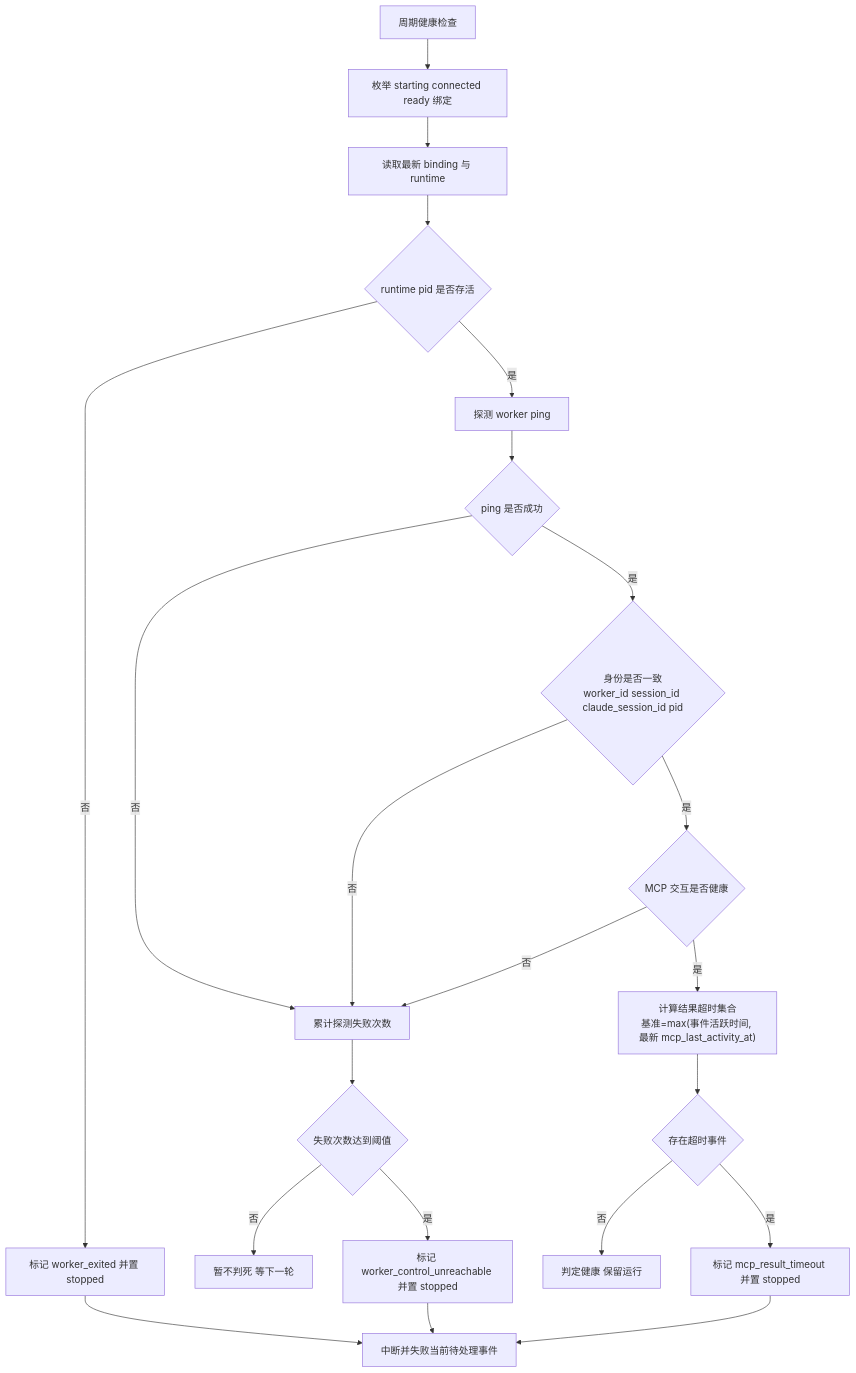
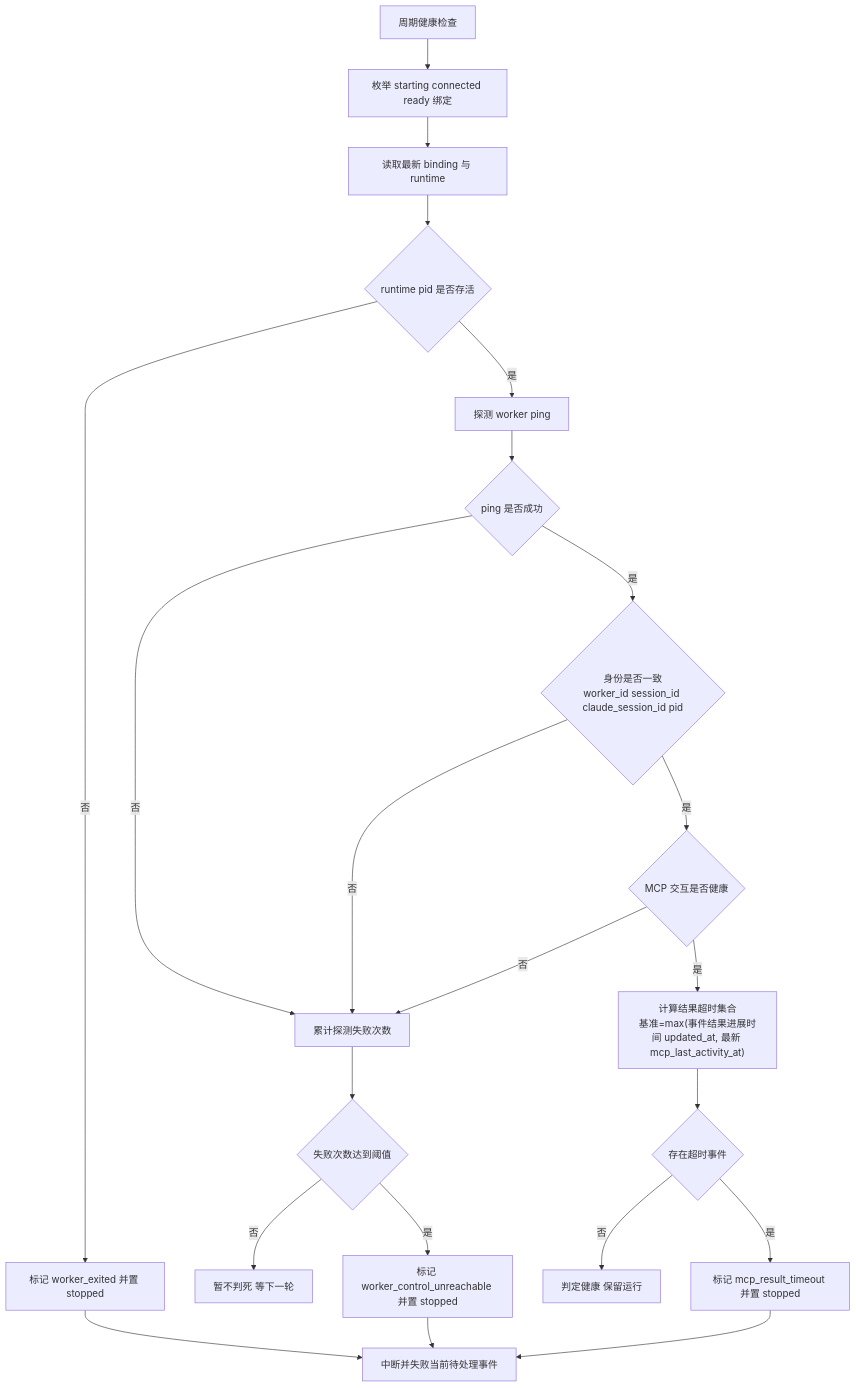
Before and after one commit to askie/clawpool-claude: the third of 4 diagrams in ARCHITECTURE.md, drawn with Mermaid. The commit also changed other lines of this file and 6 other files, not shown here.

````diff
--- a/ARCHITECTURE.md
+++ b/ARCHITECTURE.md
@@ -85,30 +85,30 @@
 ```mermaid
 flowchart TD
   A["周期健康检查"] --> B["枚举 starting connected ready 绑定"]
   B --> C["读取最新 binding 与 runtime"]
   C --> D{"runtime pid 是否存活"}
 
   D -- "否" --> E["标记 worker_exited 并置 stopped"]
   D -- "是" --> F["探测 worker ping"]
 
   F --> G{"ping 是否成功"}
   G -- "否" --> H["累计探测失败次数"]
   G -- "是" --> L{"身份是否一致<br/>worker_id session_id claude_session_id pid"}
 
   L -- "否" --> H
   L -- "是" --> M{"MCP 交互是否健康"}
   M -- "否" --> H
-  M -- "是" --> N["计算结果超时集合<br/>基准=max(事件活跃时间, 最新 mcp_last_activity_at)"]
+  M -- "是" --> N["计算结果超时集合<br/>基准=max(事件结果进展时间 updated_at, 最新 mcp_last_activity_at)"]
 
   H --> I{"失败次数达到阈值"}
   I -- "否" --> J["暂不判死 等下一轮"]
   I -- "是" --> K["标记 worker_control_unreachable 并置 stopped"]
 
   N --> O{"存在超时事件"}
   O -- "否" --> P["判定健康 保留运行"]
   O -- "是" --> Q["标记 mcp_result_timeout 并置 stopped"]
 
   E --> R["中断并失败当前待处理事件"]
   K --> R
   Q --> R
 ```
````
